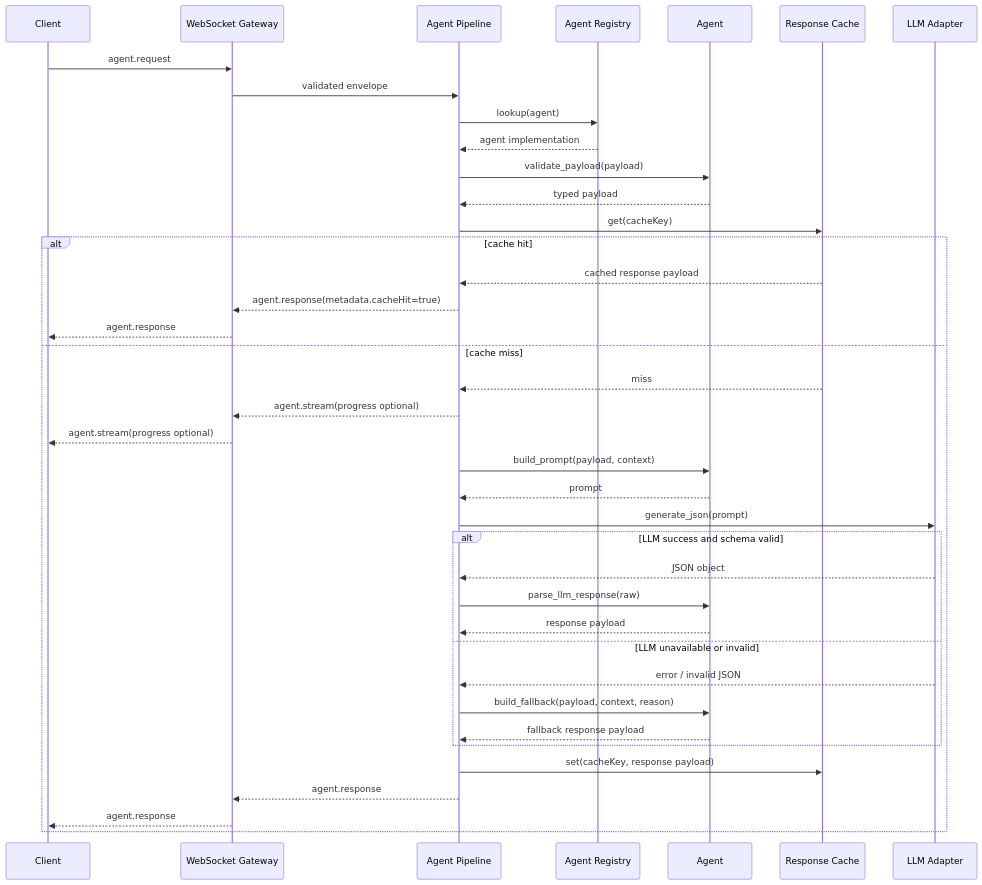
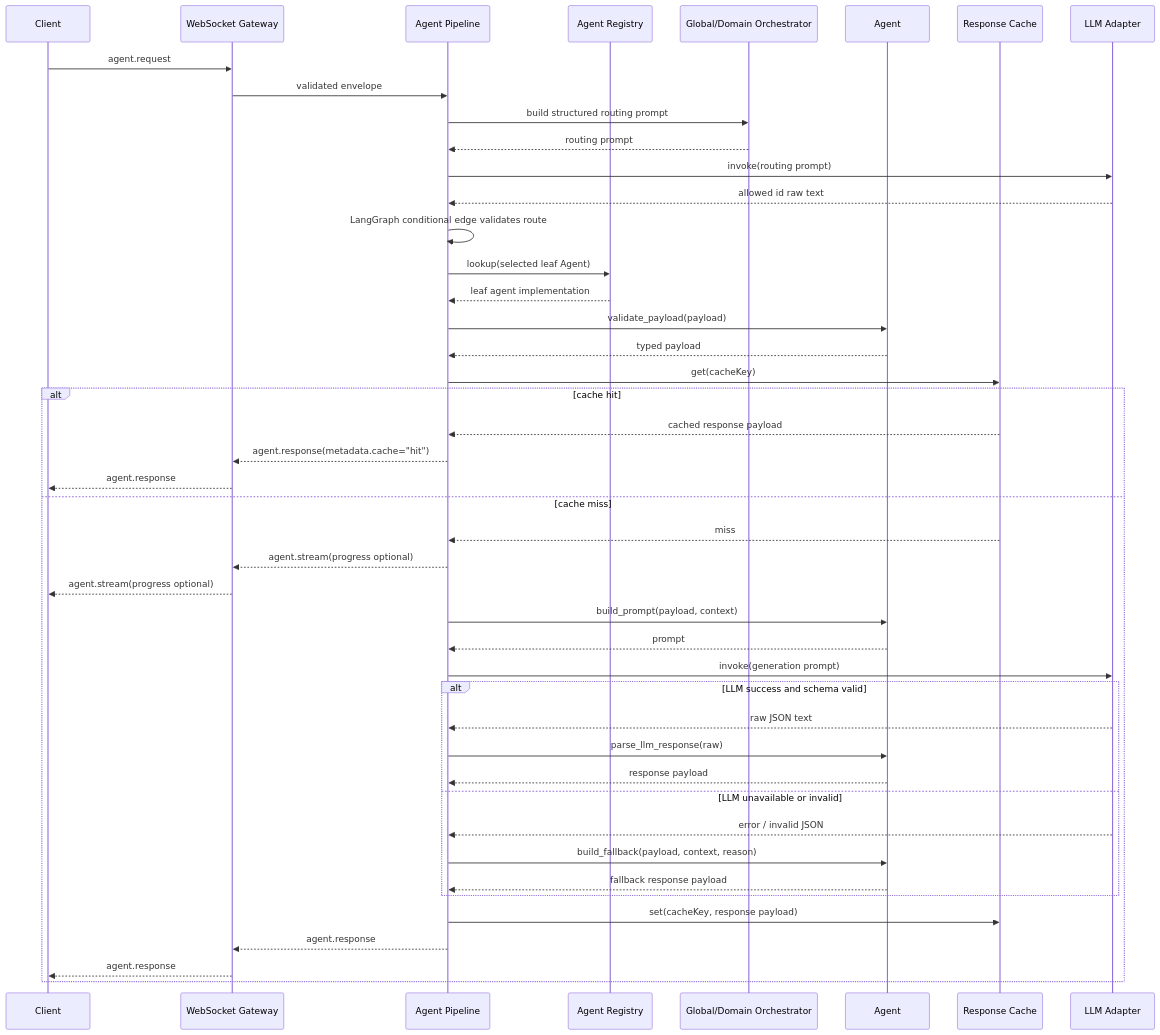
One commit to PU3-Lab/factory-space changed the second of 3 diagrams in backend/docs/plans/agent_pipeline_implementation_plan.md. Above: the diagram before and after it, drawn with Mermaid. The commit also changed other lines of this file and 24 other files, not shown here.

Commit message:
Refs #19 agent routing 용어 정리

````diff
--- a/backend/docs/plans/agent_pipeline_implementation_plan.md
+++ b/backend/docs/plans/agent_pipeline_implementation_plan.md
@@ -92,45 +93,51 @@
 ```mermaid
 sequenceDiagram
     participant C as Client
     participant G as WebSocket Gateway
     participant P as Agent Pipeline
     participant R as Agent Registry
+    participant O as Global/Domain Orchestrator
     participant A as Agent
     participant Cache as Response Cache
     participant LLM as LLM Adapter
 
     C->>G: agent.request
     G->>P: validated envelope
-    P->>R: lookup(agent)
-    R-->>P: agent implementation
+    P->>O: build structured routing prompt
+    O-->>P: routing prompt
+    P->>LLM: invoke(routing prompt)
+    LLM-->>P: allowed id raw text
+    P->>P: LangGraph conditional edge validates route
+    P->>R: lookup(selected leaf Agent)
+    R-->>P: leaf agent implementation
     P->>A: validate_payload(payload)
     A-->>P: typed payload
     P->>Cache: get(cacheKey)
 
     alt cache hit
         Cache-->>P: cached response payload
-        P-->>G: agent.response(metadata.cacheHit=true)
+        P-->>G: agent.response(metadata.cache="hit")
         G-->>C: agent.response
     else cache miss
         Cache-->>P: miss
         P-->>G: agent.stream(progress optional)
         G-->>C: agent.stream(progress optional)
         P->>A: build_prompt(payload, context)
         A-->>P: prompt
-        P->>LLM: generate_json(prompt)
+        P->>LLM: invoke(generation prompt)
 
         alt LLM success and schema valid
-            LLM-->>P: JSON object
+            LLM-->>P: raw JSON text
             P->>A: parse_llm_response(raw)
             A-->>P: response payload
         else LLM unavailable or invalid
             LLM-->>P: error / invalid JSON
             P->>A: build_fallback(payload, context, reason)
             A-->>P: fallback response payload
         end
 
         P->>Cache: set(cacheKey, response payload)
         P-->>G: agent.response
         G-->>C: agent.response
     end
 ```
````
